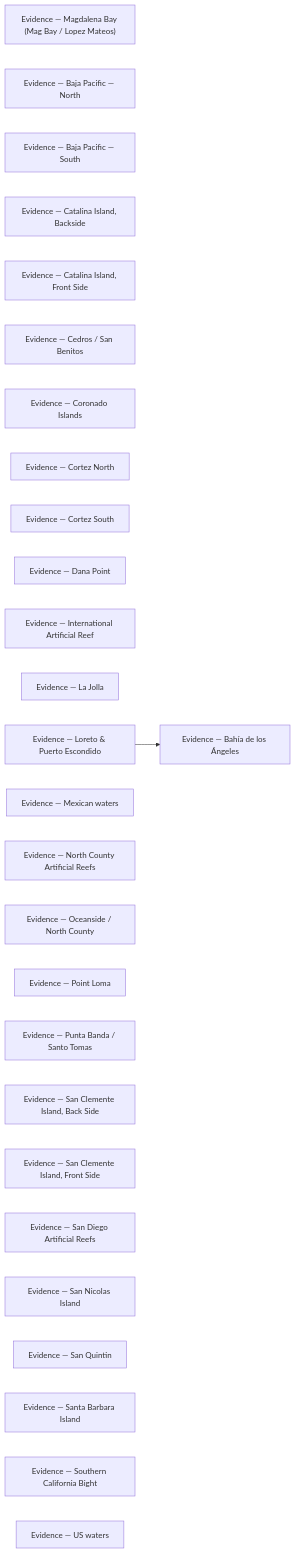
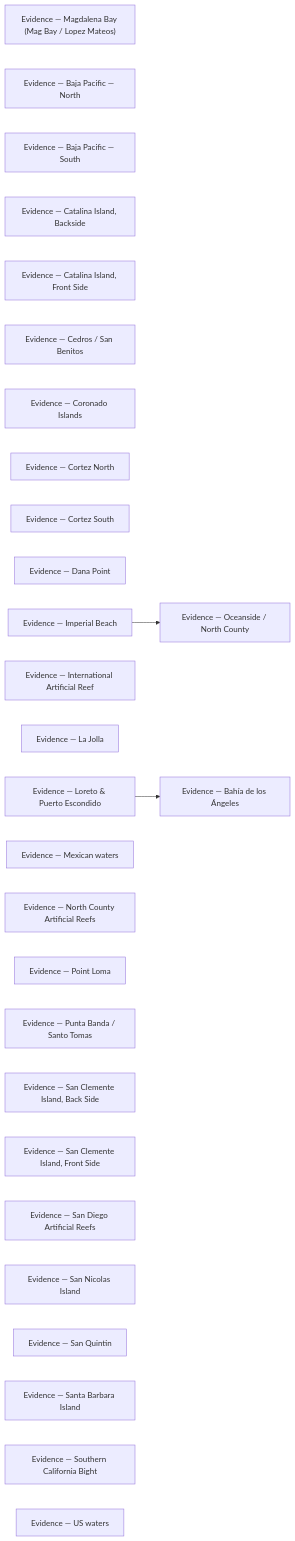
One commit to camchuckpete-max/Socal-Fishing-Knowledge changed the diagram in locations/evidence/README.md. Above: the diagram before and after it, drawn with Mermaid. The commit also changed other lines of this file and 25 other files, not shown here.

Commit message:
review: locations/imperial-beach.md — geo

````diff
--- a/locations/evidence/README.md
+++ b/locations/evidence/README.md
@@ -40,31 +41,33 @@
 ```mermaid
 graph LR
   n0["Evidence — Bahía de los Ángeles"]
   n1["Evidence — Magdalena Bay (Mag Bay / Lopez Mateos)"]
   n2["Evidence — Baja Pacific — North"]
   n3["Evidence — Baja Pacific — South"]
   n4["Evidence — Catalina Island, Backside"]
   n5["Evidence — Catalina Island, Front Side"]
   n6["Evidence — Cedros / San Benitos"]
   n7["Evidence — Coronado Islands"]
   n8["Evidence — Cortez North"]
   n9["Evidence — Cortez South"]
   n10["Evidence — Dana Point"]
-  n11["Evidence — International Artificial Reef"]
-  n12["Evidence — La Jolla"]
-  n13["Evidence — Loreto & Puerto Escondido"]
-  n14["Evidence — Mexican waters"]
-  n15["Evidence — North County Artificial Reefs"]
-  n16["Evidence — Oceanside / North County"]
-  n17["Evidence — Point Loma"]
-  n18["Evidence — Punta Banda / Santo Tomas"]
-  n19["Evidence — San Clemente Island, Back Side"]
-  n20["Evidence — San Clemente Island, Front Side"]
-  n21["Evidence — San Diego Artificial Reefs"]
-  n22["Evidence — San Nicolas Island"]
-  n23["Evidence — San Quintin"]
-  n24["Evidence — Santa Barbara Island"]
-  n25["Evidence — Southern California Bight"]
-  n26["Evidence — US waters"]
-  n13 --> n0
+  n11["Evidence — Imperial Beach"]
+  n12["Evidence — International Artificial Reef"]
+  n13["Evidence — La Jolla"]
+  n14["Evidence — Loreto & Puerto Escondido"]
+  n15["Evidence — Mexican waters"]
+  n16["Evidence — North County Artificial Reefs"]
+  n17["Evidence — Oceanside / North County"]
+  n18["Evidence — Point Loma"]
+  n19["Evidence — Punta Banda / Santo Tomas"]
+  n20["Evidence — San Clemente Island, Back Side"]
+  n21["Evidence — San Clemente Island, Front Side"]
+  n22["Evidence — San Diego Artificial Reefs"]
+  n23["Evidence — San Nicolas Island"]
+  n24["Evidence — San Quintin"]
+  n25["Evidence — Santa Barbara Island"]
+  n26["Evidence — Southern California Bight"]
+  n27["Evidence — US waters"]
+  n11 --> n17
+  n14 --> n0
 ```
````
